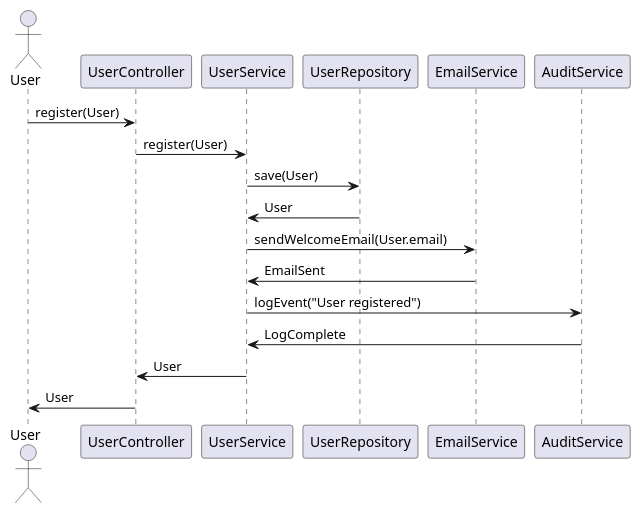
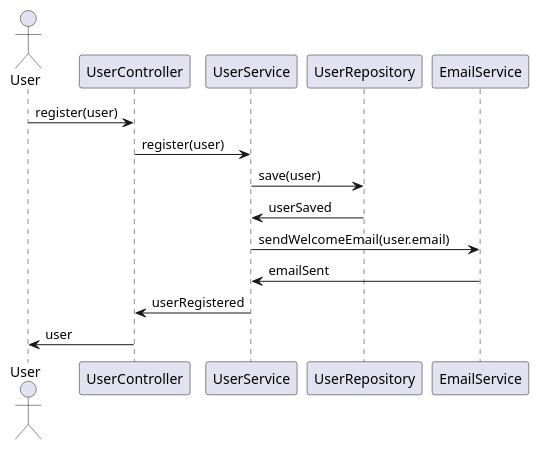
Before and after one commit to Dinesh-s95/AutoDoc.ai: the first of 6 diagrams in identityprovider/documentation/detaileddesign.adoc, drawn with PlantUML. The commit also changed other lines of this file and 4 other files, not shown here.

````diff
--- a/identityprovider/documentation/detaileddesign.adoc
+++ b/identityprovider/documentation/detaileddesign.adoc
@@ -286,21 +257,19 @@
-```plantuml
+[plantuml, user-registration-flow, png]
+----
 @startuml
 actor User
 participant UserController
 participant UserService
 participant UserRepository
 participant EmailService
-participant AuditService
 
-User -> UserController : register(User)
-UserController -> UserService : register(User)
-UserService -> UserRepository : save(User)
-UserRepository -> UserService : User
-UserService -> EmailService : sendWelcomeEmail(User.email)
-EmailService -> UserService : EmailSent
-UserService -> AuditService : logEvent("User registered")
-AuditService -> UserService : LogComplete
-UserService -> UserController : User
-UserController -> User : User
+User -> UserController : register(user)
+UserController -> UserService : register(user)
+UserService -> UserRepository : save(user)
+UserRepository -> UserService : userSaved
+UserService -> EmailService : sendWelcomeEmail(user.email)
+EmailService -> UserService : emailSent
+UserService -> UserController : userRegistered
+UserController -> User : user
 @enduml
-```
+----
````
